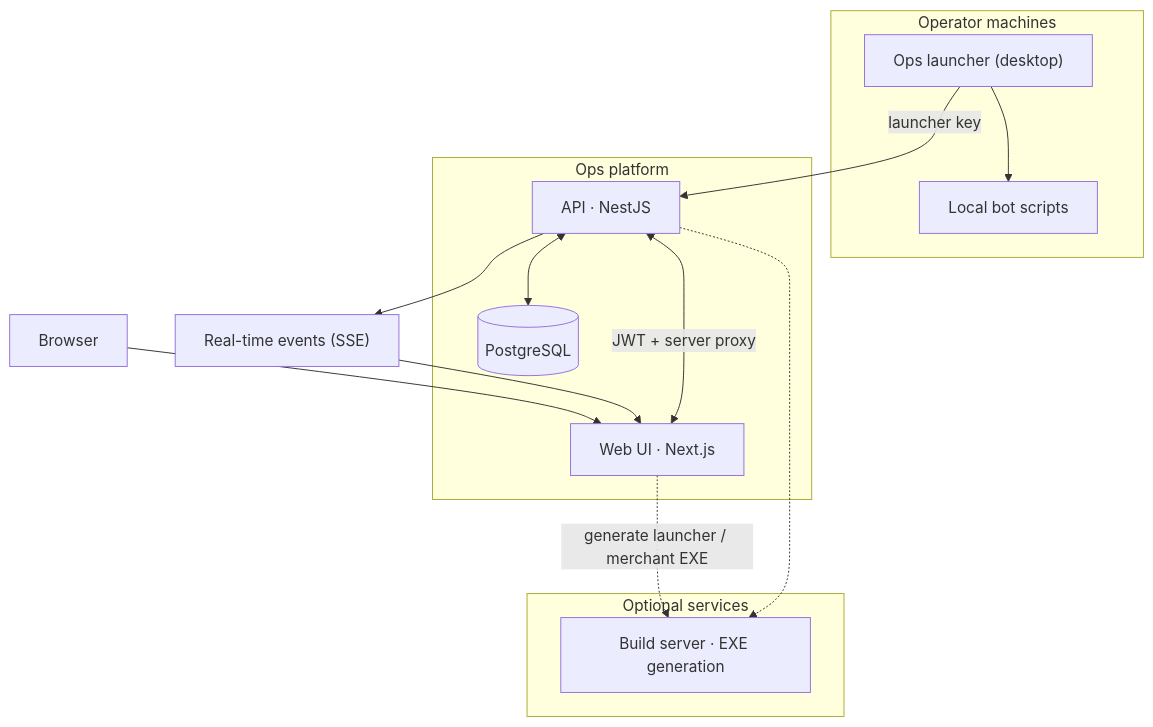
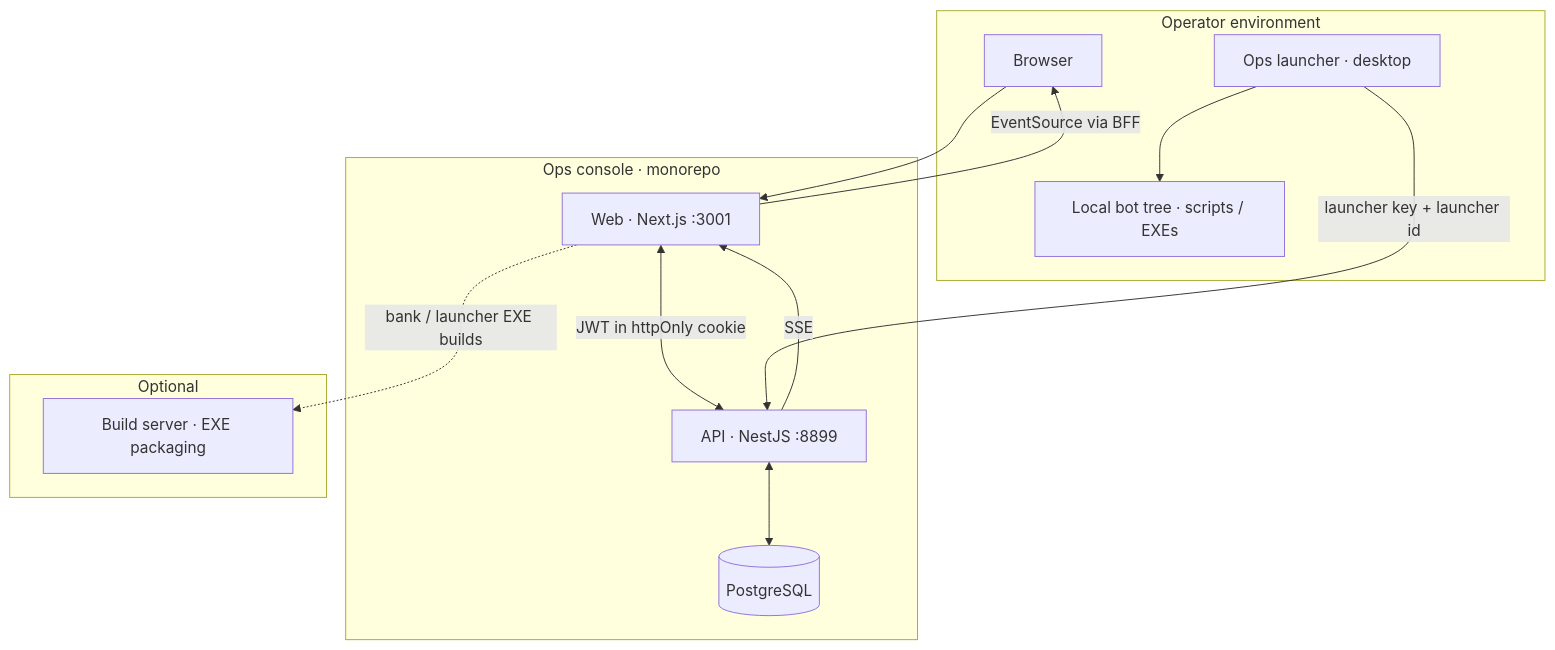
Before and after one commit to wangbrady004-gif/operation-platform: the first of 2 diagrams in README.md, drawn with Mermaid. The commit also changed other lines of this file and 70 other files, not shown here.

First line of the commit message:
Refactor Ops Platform to Bank Profile Management

````diff
--- a/README.md
+++ b/README.md
@@ -9,29 +9,28 @@
 ```mermaid
 flowchart TB
-  subgraph clients["Operator machines"]
-    EXE["Ops launcher (desktop)"]
-    SCRIPTS["Local bot scripts"]
-    EXE --> SCRIPTS
+  subgraph edge["Operator environment"]
+    BROWSER["Browser"]
+    LAUNCHER["Ops launcher · desktop"]
+    BOTS["Local bot tree · scripts / EXEs"]
+    LAUNCHER --> BOTS
   end
 
-  subgraph platform["Ops platform"]
-    WEB["Web UI · Next.js"]
-    API["API · NestJS"]
-    PG[("PostgreSQL")]
-    WEB <-->|JWT + server proxy| API
-    API <--> PG
+  subgraph console["Ops console · monorepo"]
+    WEB["Web · Next.js :3001"]
+    API["API · NestJS :8899"]
+    DB[("PostgreSQL")]
+    WEB <-->|JWT in httpOnly cookie| API
+    API <--> DB
   end
 
-  subgraph optional["Optional services"]
-    BUILD["Build server · EXE generation"]
+  subgraph remote["Optional"]
+    BUILD["Build server · EXE packaging"]
   end
 
-  BROWSER["Browser"] --> WEB
-  EXE -->|launcher key| API
-  WEB -.->|generate launcher / merchant EXE| BUILD
-  API -.-> BUILD
+  BROWSER --> WEB
+  LAUNCHER -->|launcher key + launcher id| API
+  WEB -.->|bank / launcher EXE builds| BUILD
 
-  SSE["Real-time events (SSE)"]
-  API --> SSE
-  SSE --> WEB
+  API -->|SSE| WEB
+  WEB -->|EventSource via BFF| BROWSER
 ```
````
